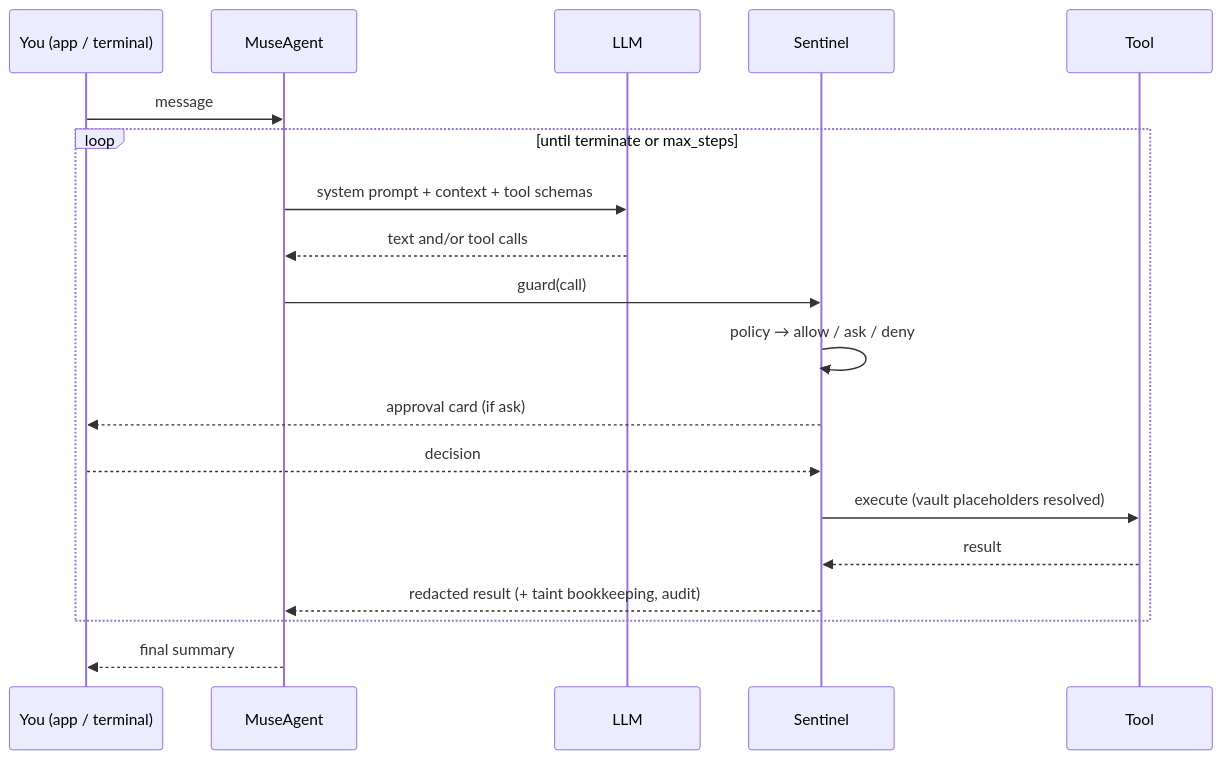
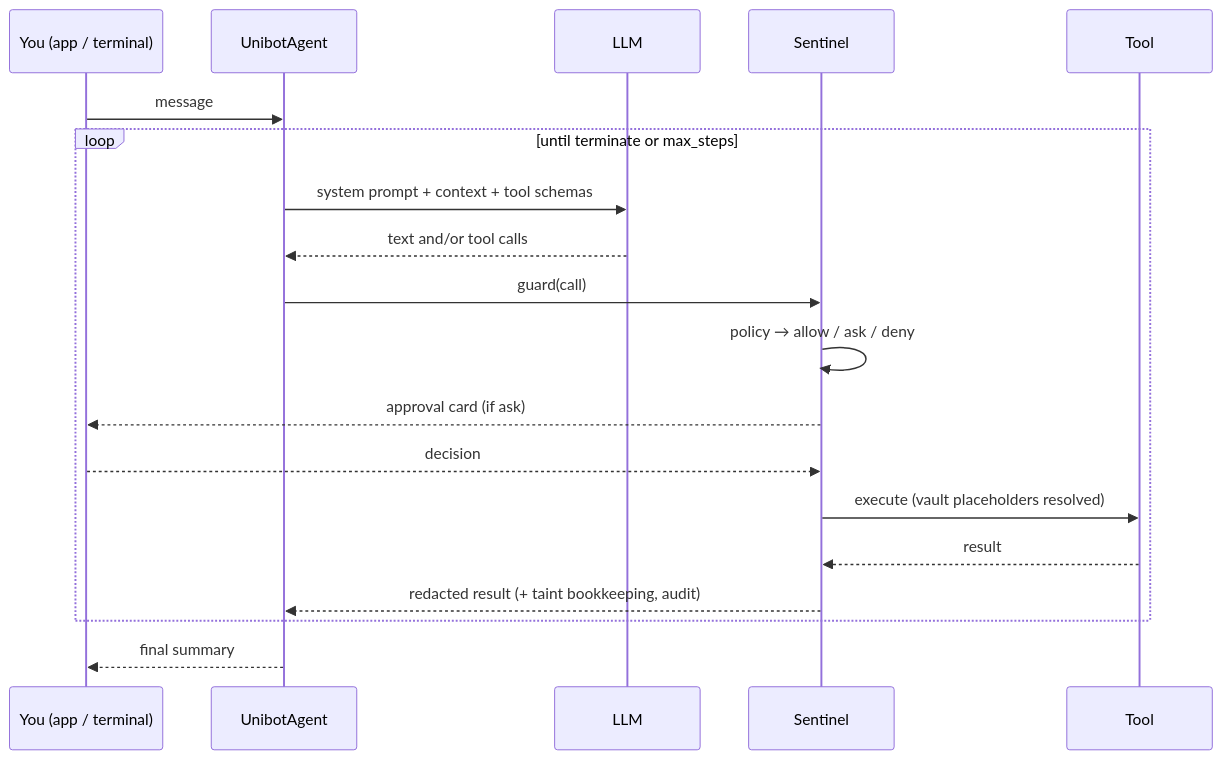
One commit to unictoai/unibot changed the diagram in docs/architecture.md. Above: the diagram before and after it, drawn with Mermaid. The commit also changed other lines of this file and 12 other files, not shown here.

Commit message:
fix review findings: rename MuseAgent->UnibotAgent, package version 0.1.0->1.0.3, CONTRIBUTING identity line

````diff
--- a/docs/architecture.md
+++ b/docs/architecture.md
@@ -7,21 +7,21 @@
 ```mermaid
 sequenceDiagram
     participant U as You (app / terminal)
-    participant A as MuseAgent
+    participant A as UnibotAgent
     participant L as LLM
     participant S as Sentinel
     participant T as Tool
     U->>A: message
     loop until terminate or max_steps
         A->>L: system prompt + context + tool schemas
         L-->>A: text and/or tool calls
         A->>S: guard(call)
         S->>S: policy → allow / ask / deny
         S-->>U: approval card (if ask)
         U-->>S: decision
         S->>T: execute (vault placeholders resolved)
         T-->>S: result
         S-->>A: redacted result (+ taint bookkeeping, audit)
     end
     A-->>U: final summary
 ```
````
